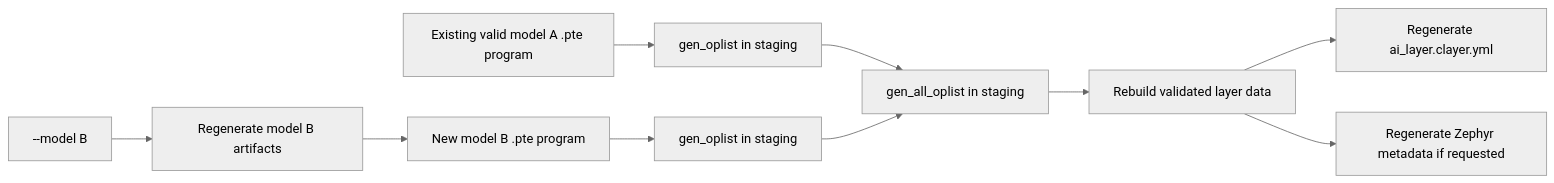
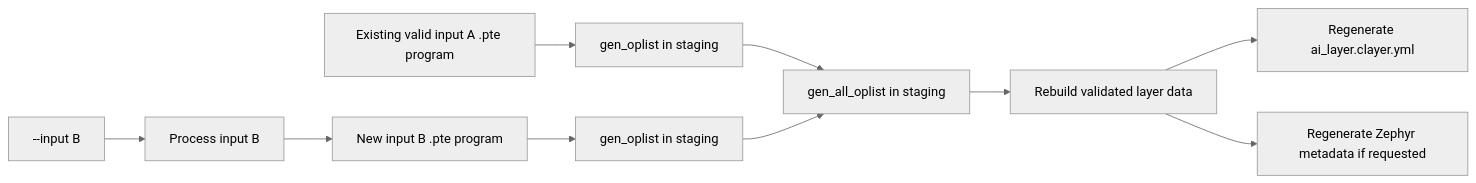
One commit to ReinhardKeil/cmsis-et-template changed the third of 3 diagrams in TODO.md. Above: the diagram before and after it, drawn with Mermaid (neutral theme). The commit also changed other lines of this file and 5 other files, not shown here.

````diff
--- a/TODO.md
+++ b/TODO.md
@@ -453,12 +657,12 @@
 ```mermaid
 flowchart LR
-    A[--model B] --> B[Regenerate model B artifacts]
-    X[Existing valid model A .pte program] --> X1[gen_oplist in staging]
-    B --> Y[New model B .pte program]
+    A[--input B] --> B[Process input B]
+    X[Existing valid input A .pte program] --> X1[gen_oplist in staging]
+    B --> Y[New input B .pte program]
     Y --> Y1[gen_oplist in staging]
     X1 --> U[gen_all_oplist in staging]
     Y1 --> U
     U --> C[Rebuild validated layer data]
     C --> D[Regenerate ai_layer.clayer.yml]
     C --> E[Regenerate Zephyr metadata if requested]
 ```
````
